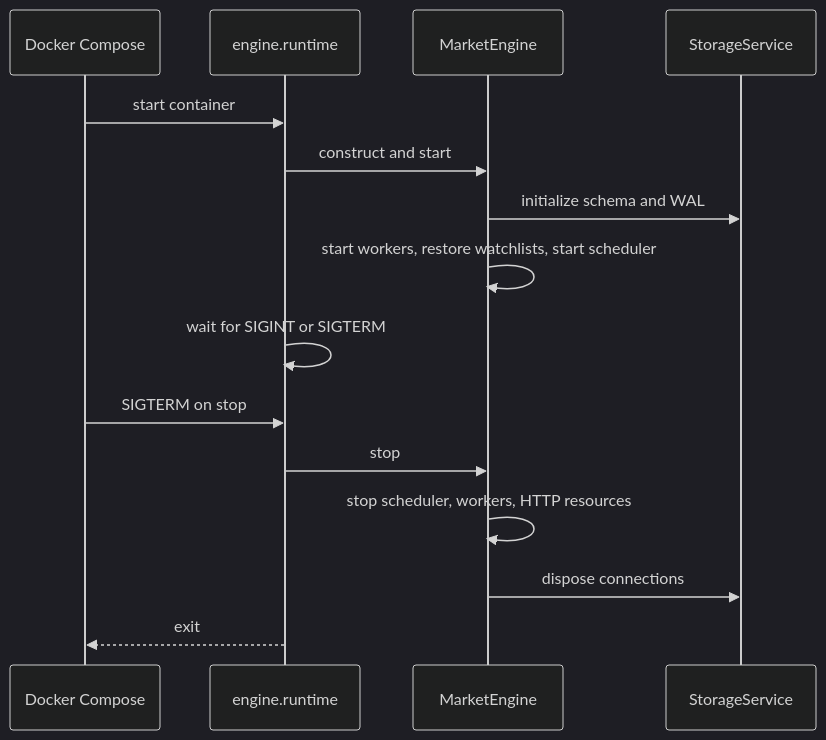
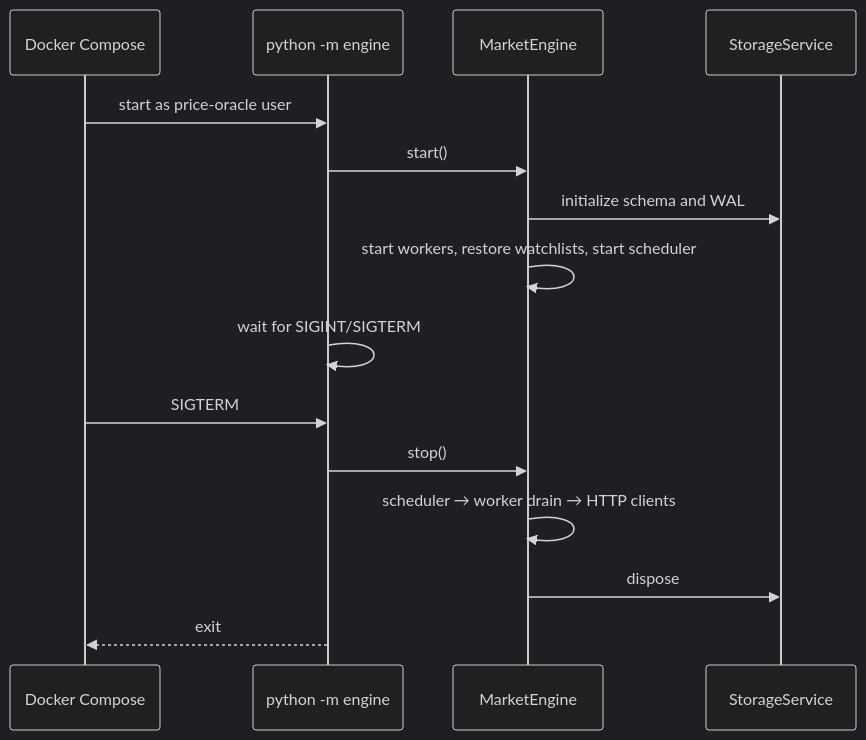
One commit to maciejL03/price-oracle changed the second of 2 diagrams in docs/deployment/README.md. Above: the diagram before and after it, drawn with Mermaid (dark theme). The commit also changed other lines of this file and 25 other files, not shown here.

````diff
--- a/docs/deployment/README.md
+++ b/docs/deployment/README.md
@@ -48,17 +48,18 @@
 ```mermaid
 sequenceDiagram
     participant C as Docker Compose
-    participant R as engine.runtime
+    participant R as python -m engine
     participant E as MarketEngine
-    participant S as StorageService
-    C->>R: start container
-    R->>E: construct and start
-    E->>S: initialize schema and WAL
+    participant DB as StorageService
+
+    C->>R: start as price-oracle user
+    R->>E: start()
+    E->>DB: initialize schema and WAL
     E->>E: start workers, restore watchlists, start scheduler
-    R->>R: wait for SIGINT or SIGTERM
-    C->>R: SIGTERM on stop
-    R->>E: stop
-    E->>E: stop scheduler, workers, HTTP resources
-    E->>S: dispose connections
+    R->>R: wait for SIGINT/SIGTERM
+    C->>R: SIGTERM
+    R->>E: stop()
+    E->>E: scheduler → worker drain → HTTP clients
+    E->>DB: dispose
     R-->>C: exit
 ```
````
